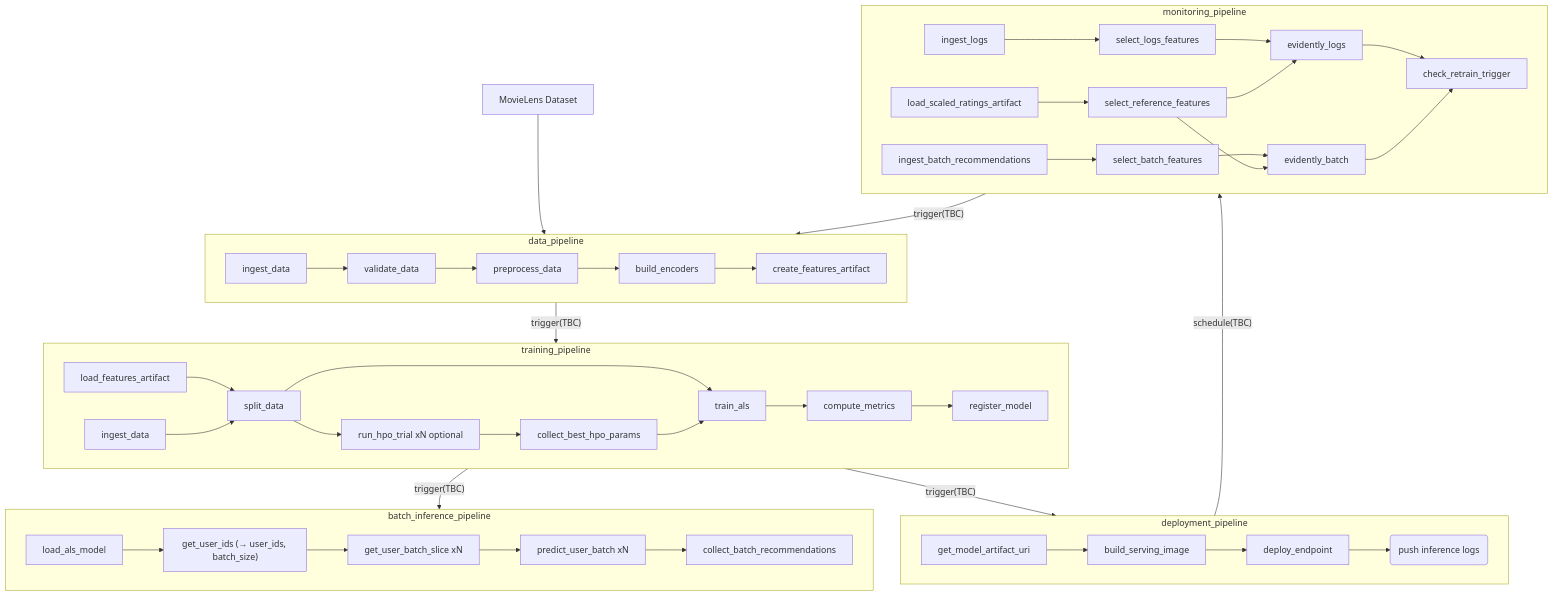
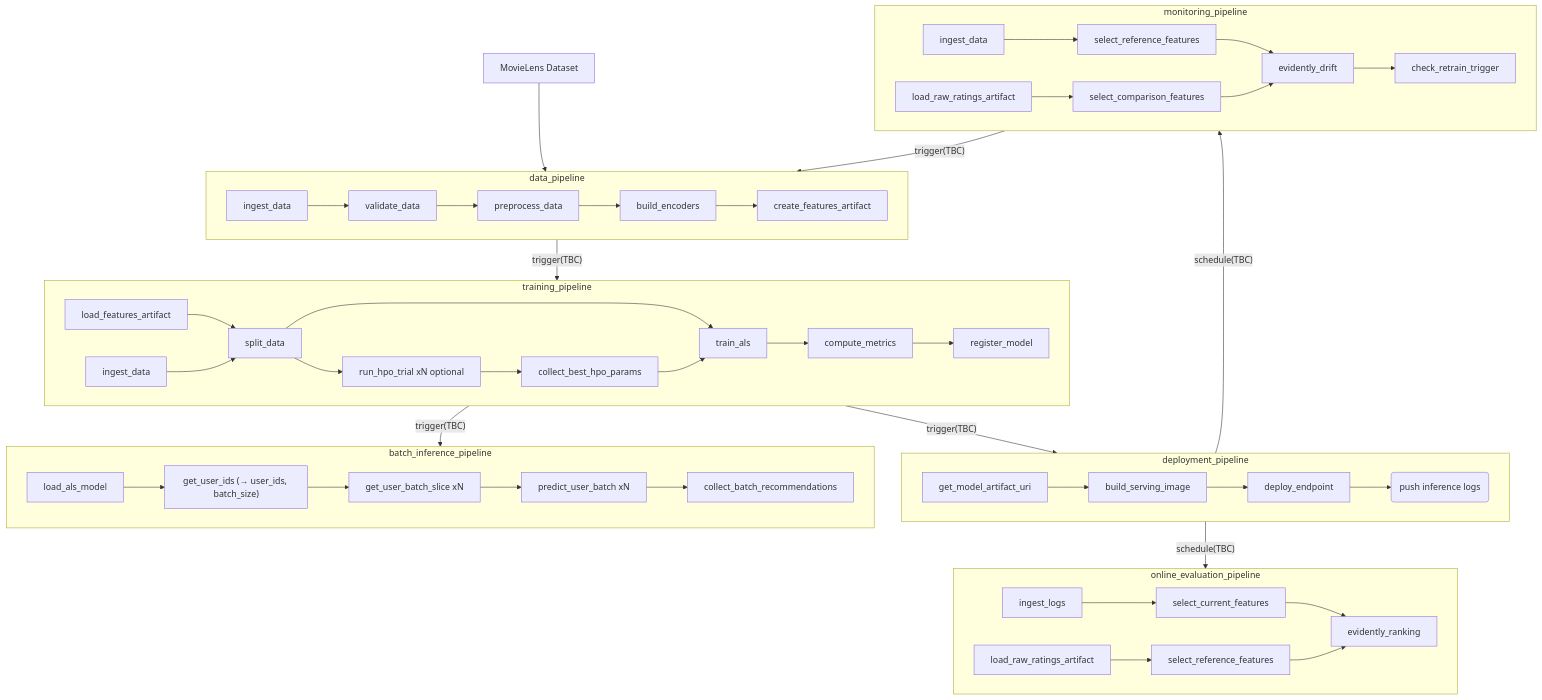
Before and after one commit to sagadana/zenml-mlops: the diagram in .agents/specs/wf_matrix_factorization.md, drawn with Mermaid. The commit also changed other lines of this file and 19 other files, not shown here.

Commit message:
separate the concept of online evaluation from model data quality and data drift evaluation

````diff
--- a/.agents/specs/wf_matrix_factorization.md
+++ b/.agents/specs/wf_matrix_factorization.md
@@ -19,45 +19,49 @@
 ```mermaid
 graph TD
 
     subgraph D[data_pipeline]
         D1[ingest_data] --> D2[validate_data] --> D2a[preprocess_data] --> D3[build_encoders] --> D4[create_features_artifact]
     end
 
     subgraph T[training_pipeline]
         T0[load_features_artifact] --> T4[split_data]
         T1[ingest_data] --> T4
         T4 --> T5[run_hpo_trial xN optional]
         T5 --> T6[collect_best_hpo_params]
         T4 --> T7[train_als]
         T6 --> T7
         T7 --> T10[compute_metrics] --> T11[register_model]
     end
 
     subgraph BI[batch_inference_pipeline]
         S1[load_als_model] --> S1a["get_user_ids (→ user_ids, batch_size)"]
         S1a --> S2a[get_user_batch_slice xN]
         S2a --> S2[predict_user_batch xN] --> S3[collect_batch_recommendations]
     end
 
     subgraph DP[deployment_pipeline]
         S4[get_model_artifact_uri] --> S5[build_serving_image] --> S6[deploy_endpoint] --> S6-a(push inference logs)
     end
 
     subgraph M[monitoring_pipeline]
-        M1[load_scaled_ratings_artifact] --> M1a[select_reference_features]
-        M2[ingest_logs] --> M2a[select_logs_features] --> M3a[evidently_logs]
-        M4[ingest_batch_recommendations] --> M4a[select_batch_features] --> M3b[evidently_batch]
-        M1a --> M3a
-        M1a --> M3b
-        M3a --> M5[check_retrain_trigger]
-        M3b --> M5
+        M1[load_raw_ratings_artifact] --> M1a[select_comparison_features]
+        M2[ingest_data] --> M2a[select_reference_features] --> M3[evidently_drift]
+        M1a --> M3
+        M3 --> M5[check_retrain_trigger]
+    end
+
+    subgraph OE[online_evaluation_pipeline]
+        OE1[load_raw_ratings_artifact] --> OE1a[select_reference_features]
+        OE2[ingest_logs] --> OE2a[select_current_features] --> OE3[evidently_ranking]
+        OE1a --> OE3
     end
 
     A[MovieLens Dataset] --> D
     D -->|"trigger(TBC)"| T
     T -->|"trigger(TBC)"| BI
     T -->|"trigger(TBC)"| DP
     DP -->|"schedule(TBC)"| M
+    DP -->|"schedule(TBC)"| OE
     M -->|"trigger(TBC)"| D
 
 ```
````
